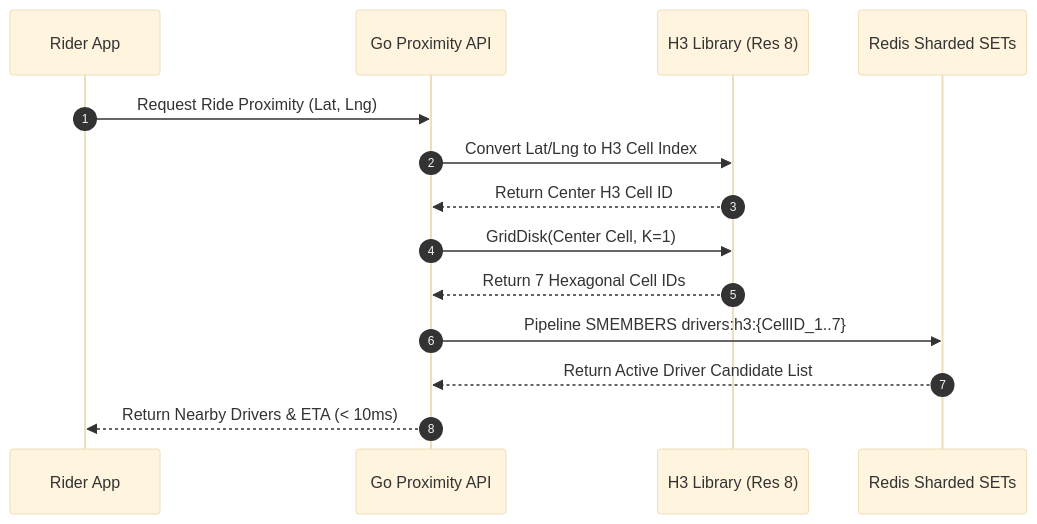
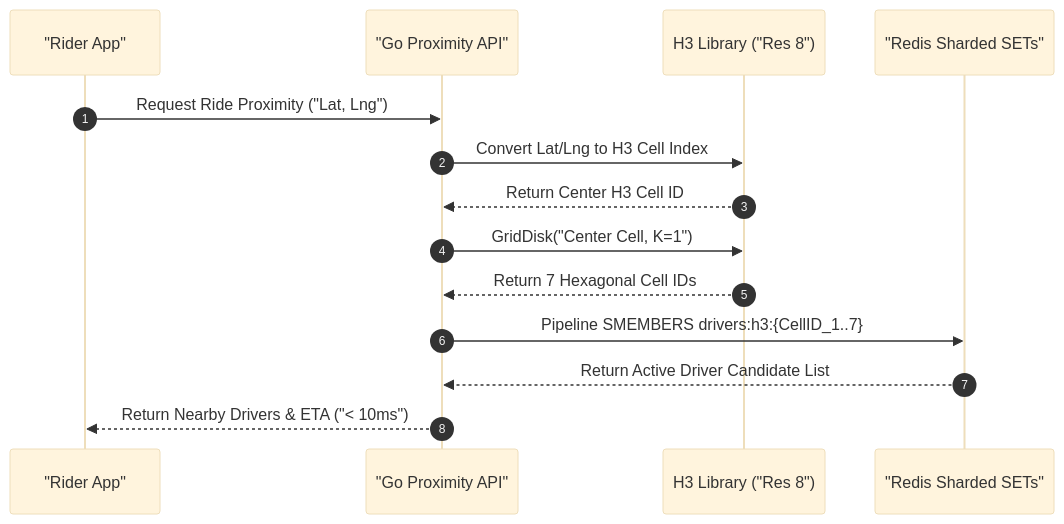
One commit to vesviet/vesviet changed the diagram in content/series/ride-hailing-realtime-architecture/part-2-geospatial-indexing.md. Above: the diagram before and after it, drawn with Mermaid (base theme). The commit also changed other lines of this file and 331 other files, not shown here.

````diff
--- a/content/series/ride-hailing-realtime-architecture/part-2-geospatial-indexing.md
+++ b/content/series/ride-hailing-realtime-architecture/part-2-geospatial-indexing.md
@@ -60,17 +62,17 @@
 ```mermaid
 sequenceDiagram
     autonumber
-    participant Rider as Rider App
-    participant API as Go Proximity API
-    participant H3 as H3 Library (Res 8)
-    participant Redis as Redis Sharded SETs
+    participant Rider as "Rider App"
+    participant API as "Go Proximity API"
+    participant H3 as H3 Library ("Res 8")
+    participant Redis as "Redis Sharded SETs"
 
-    Rider->>API: Request Ride Proximity (Lat, Lng)
+    Rider->>API: Request Ride Proximity ("Lat, Lng")
     API->>H3: Convert Lat/Lng to H3 Cell Index
     H3-->>API: Return Center H3 Cell ID
-    API->>H3: GridDisk(Center Cell, K=1)
+    API->>H3: GridDisk("Center Cell, K=1")
     H3-->>API: Return 7 Hexagonal Cell IDs
     API->>Redis: Pipeline SMEMBERS drivers:h3:{CellID_1..7}
     Redis-->>API: Return Active Driver Candidate List
-    API-->>Rider: Return Nearby Drivers & ETA (< 10ms)
+    API-->>Rider: Return Nearby Drivers & ETA ("< 10ms")
 ```
````
